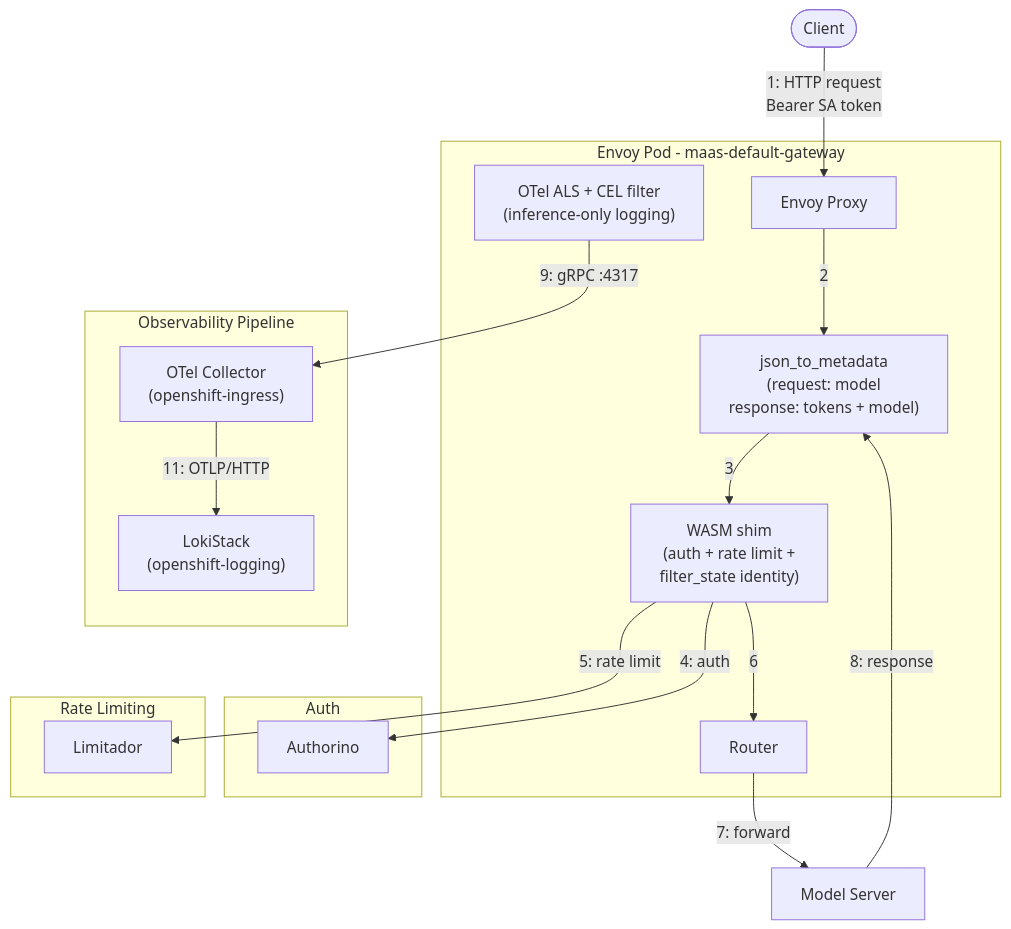
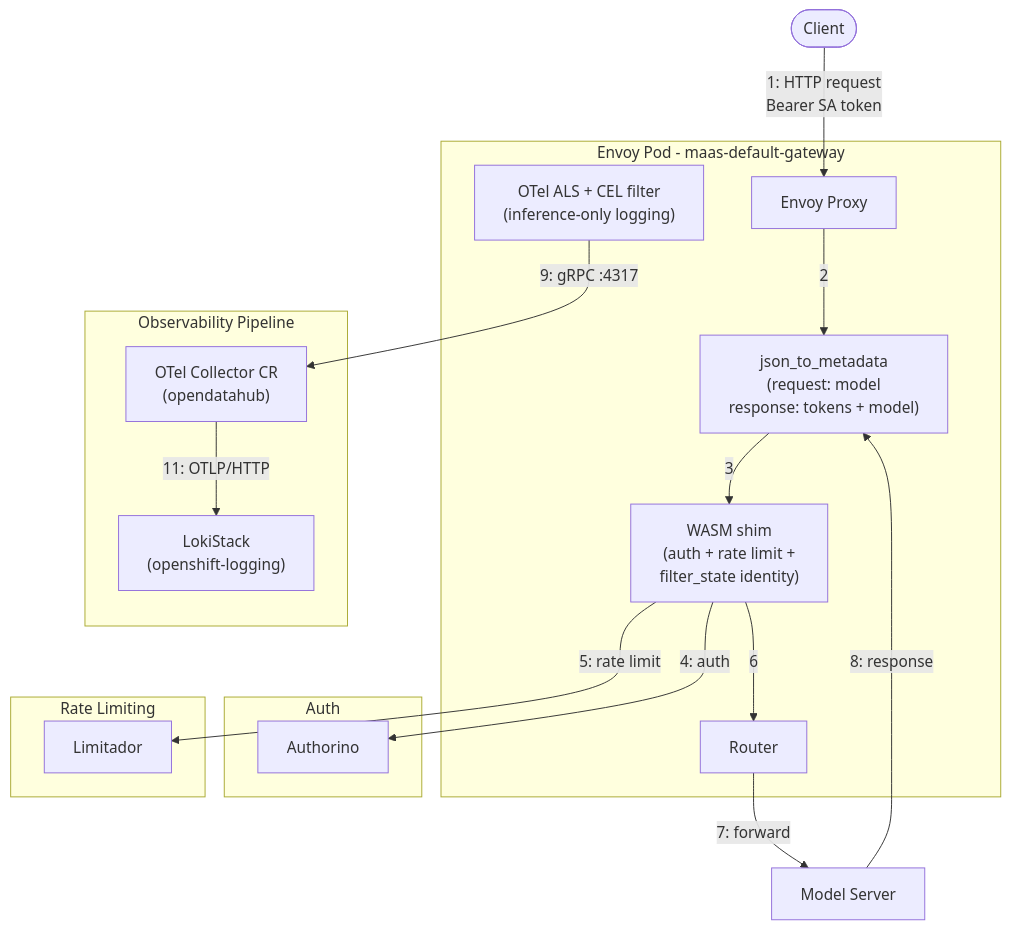
Before and after one commit to tgitelman/maas-billing: the second of 4 diagrams in envoy-otel-structured-logs-plan.md, drawn with Mermaid. The commit also changed other lines of this file and 12 other files, not shown here.

````diff
--- a/envoy-otel-structured-logs-plan.md
+++ b/envoy-otel-structured-logs-plan.md
@@ -86,32 +92,32 @@
 ```mermaid
 flowchart TD
     client(["Client"]) -->|"1: HTTP request\nBearer SA token"| envoy
     subgraph envoyPod ["Envoy Pod - maas-default-gateway"]
         envoy["Envoy Proxy"]
         j2m["json_to_metadata\n(request: model\nresponse: tokens + model)"]
         wasmShim["WASM shim\n(auth + rate limit +\nfilter_state identity)"]
         otelALS["OTel ALS + CEL filter\n(inference-only logging)"]
         routerNode["Router"]
     end
     subgraph authBlock ["Auth"]
         authorino["Authorino"]
     end
     subgraph rateBlock ["Rate Limiting"]
         limitador["Limitador"]
     end
     subgraph obsBlock ["Observability Pipeline"]
-        otelCollector["OTel Collector\n(openshift-ingress)"]
+        otelCollector["OTel Collector CR\n(opendatahub)"]
         loki["LokiStack\n(openshift-logging)"]
     end
     modelServer["Model Server"]
 
     envoy -->|"2"| j2m
     j2m -->|"3"| wasmShim
     wasmShim -->|"4: auth"| authorino
     wasmShim -->|"5: rate limit"| limitador
     wasmShim -->|"6"| routerNode
     routerNode -->|"7: forward"| modelServer
     modelServer -->|"8: response"| j2m
     otelALS -->|"9: gRPC :4317"| otelCollector
     otelCollector -->|"11: OTLP/HTTP"| loki
 ```
````
